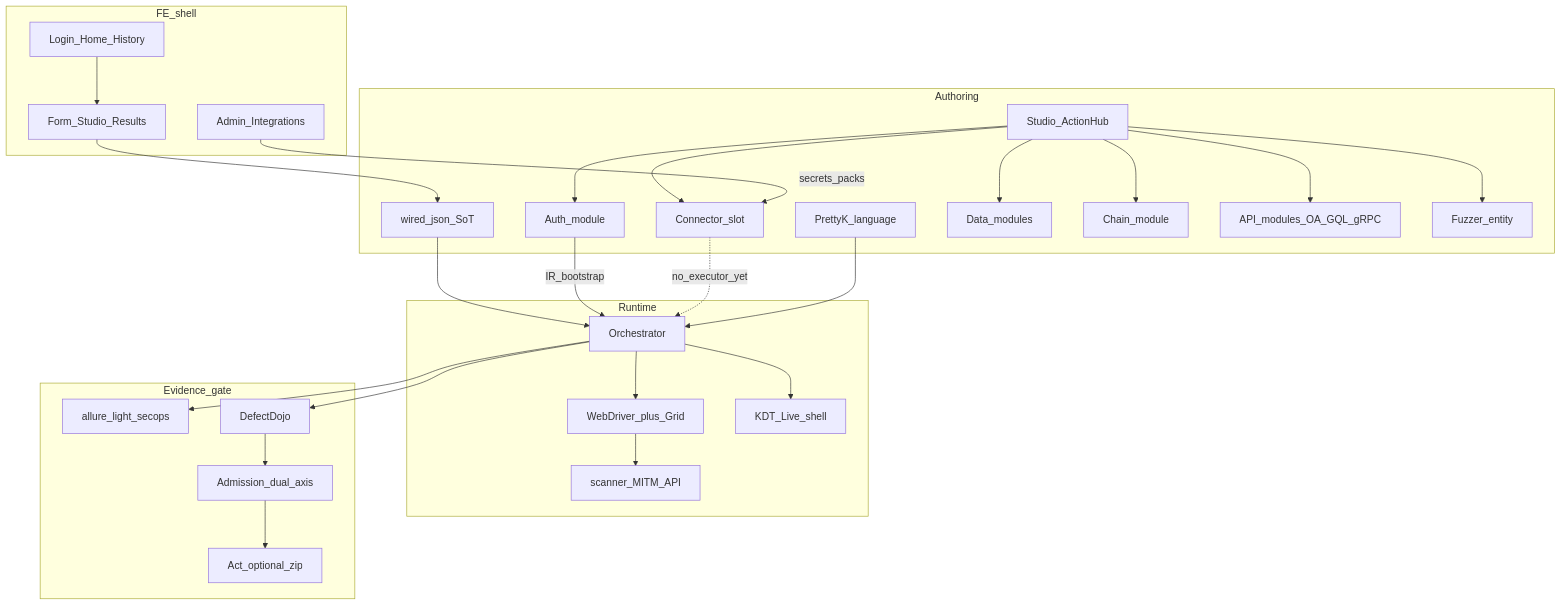
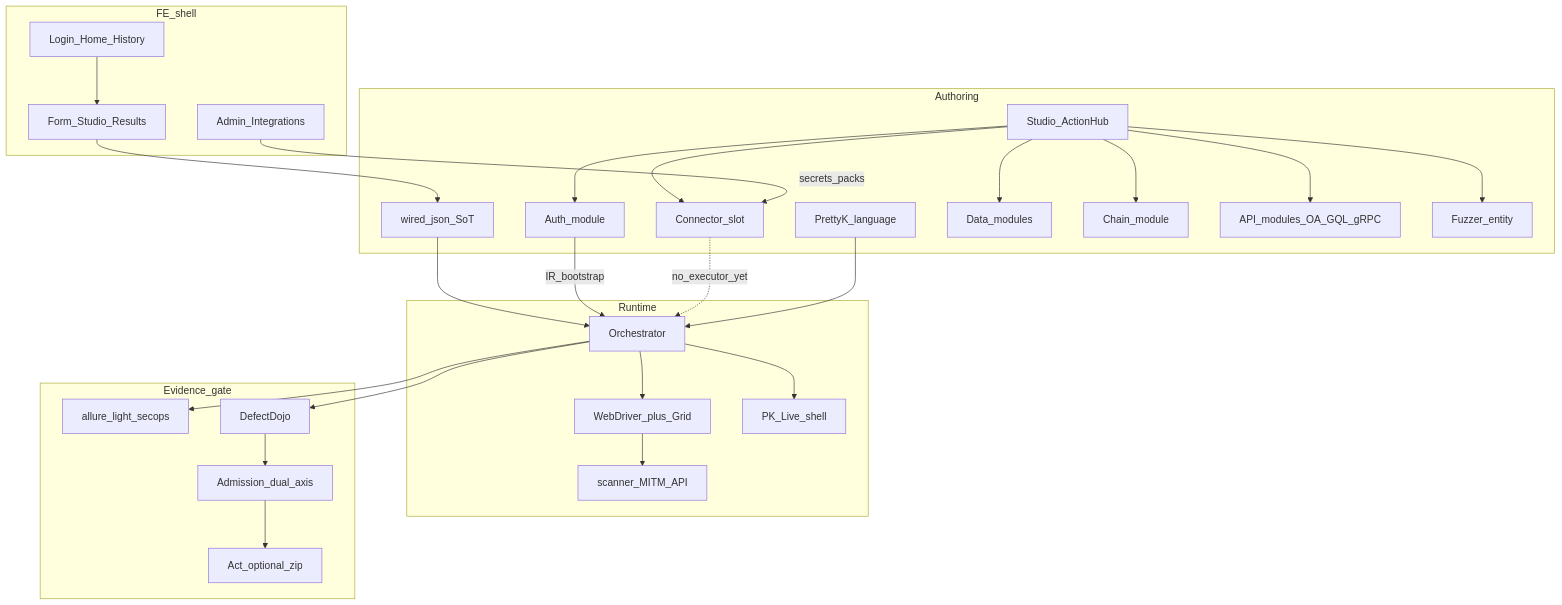
Before and after one commit to prettyk-io/prettyk-secops: the first of 3 diagrams in sanctuary/pure/MODULES-SKELETON.md, drawn with Mermaid. The commit also changed 138 other files, not shown here.

````diff
--- a/sanctuary/pure/MODULES-SKELETON.md
+++ b/sanctuary/pure/MODULES-SKELETON.md
@@ -18,51 +18,51 @@
 ```mermaid
 flowchart TB
   subgraph authoring [Authoring]
     WiredSoT[wired_json_SoT]
     StudioHub[Studio_ActionHub]
     PrettyK[PrettyK_language]
     AuthMod[Auth_module]
     ConnSlot[Connector_slot]
     DataMod[Data_modules]
     ChainMod[Chain_module]
     ApiMod[API_modules_OA_GQL_gRPC]
     FuzzerEnt[Fuzzer_entity]
   end
   subgraph shell [FE_shell]
     LoginHome[Login_Home_History]
     Workspace[Form_Studio_Results]
     AdminInt[Admin_Integrations]
   end
   subgraph runtime [Runtime]
     Orch[Orchestrator]
     WD[WebDriver_plus_Grid]
     scanner[scanner_MITM_API]
-    Live[KDT_Live_shell]
+    Live[PK_Live_shell]
   end
   subgraph evidence [Evidence_gate]
     Allure[allure_light_secops]
     Dojo[DefectDojo]
     Admit[Admission_dual_axis]
     ActPkg[Act_optional_zip]
   end
   LoginHome --> Workspace
   StudioHub --> AuthMod
   StudioHub --> ConnSlot
   StudioHub --> DataMod
   StudioHub --> ChainMod
   StudioHub --> ApiMod
   StudioHub --> FuzzerEnt
   AdminInt -->|secrets_packs| ConnSlot
   Workspace --> WiredSoT
   WiredSoT --> Orch
   AuthMod -->|IR_bootstrap| Orch
   ConnSlot -.->|no_executor_yet| Orch
   PrettyK --> Orch
   Orch --> WD
   WD --> scanner
   Orch --> Live
   Orch --> Allure
   Orch --> Dojo
   Dojo --> Admit
   Admit --> ActPkg
 ```
````
